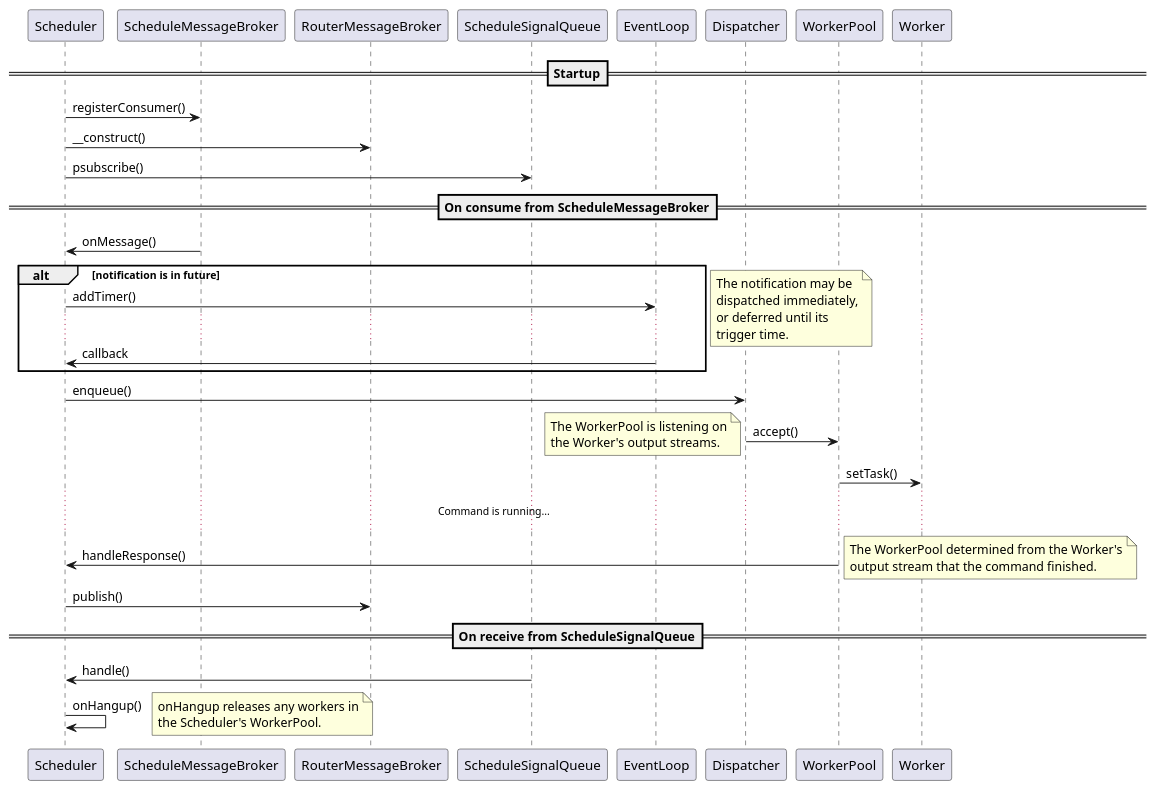
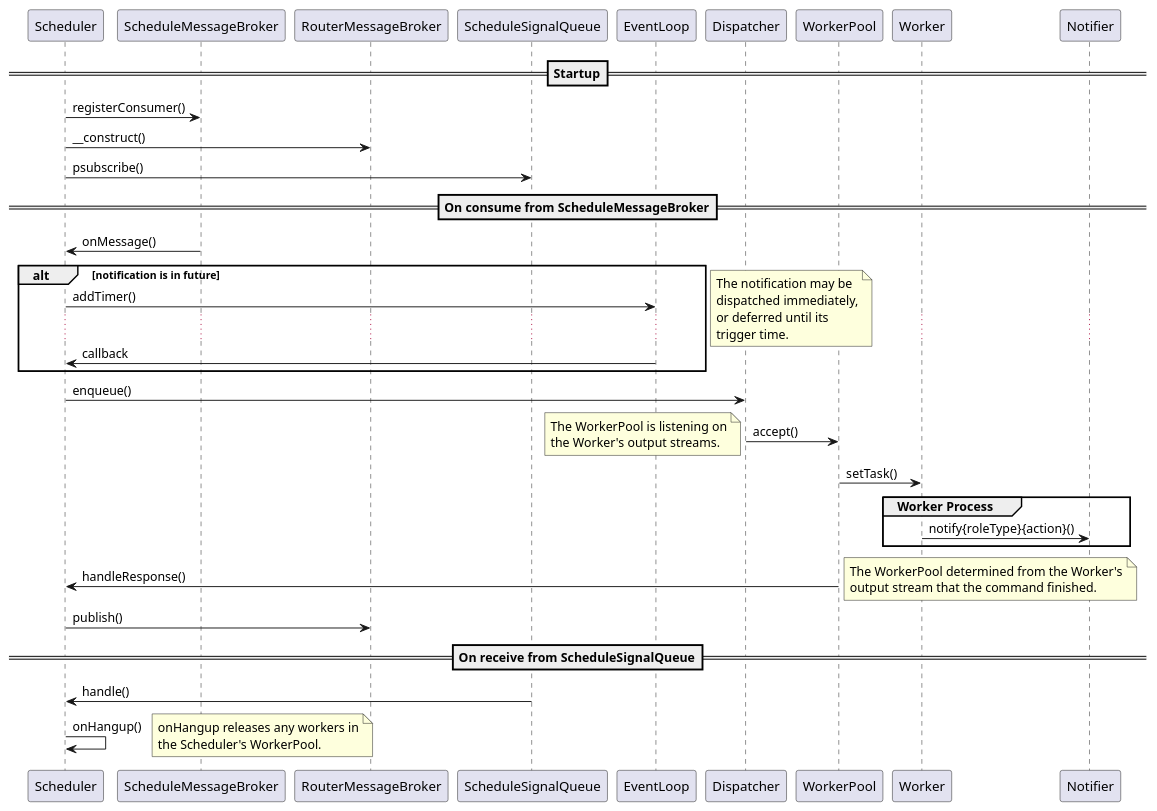
The diagram in docs/notifications/scheduling.plantuml (juliaattrevisan/schoolbox-api-docs), drawn with PlantUML before and after one commit.

Commit message:
Add worker process content to diagram [SA-6488]

```diff
--- a/docs/notifications/scheduling.plantuml
+++ b/docs/notifications/scheduling.plantuml
@@ -1,57 +1,60 @@
 @startuml
 
 ==Startup==
 
 Scheduler -> ScheduleMessageBroker : registerConsumer()
 Scheduler -> RouterMessageBroker : __construct()
 Scheduler -> ScheduleSignalQueue : psubscribe()
 
 ==On consume from ScheduleMessageBroker==
 
 ' Workflow on receive msg from msg broker
 Scheduler <- ScheduleMessageBroker : onMessage()
 'Scheduler -> Scheduler : scheduleNotification()
 'Scheduler -> Scheduler : schedule()
 
 alt notification is in future
 Scheduler -> EventLoop : addTimer()
 ...
 Scheduler <- EventLoop : callback
 end
 note right
     The notification may be
     dispatched immediately,
     or deferred until its
     trigger time.
 end note
 
 'Scheduler -> Scheduler : dispatchTrigger()
 Scheduler -> Dispatcher : enqueue()
 'Dispatcher -> Dispatcher : dispatch()
 Dispatcher -> WorkerPool : accept()
 'WorkerPool -> WorkerPool : attachWorker()
 note left
     The WorkerPool is listening on
     the Worker's output streams.
 end note
 WorkerPool -> Worker : setTask()
-...Command is running......
+
+group Worker Process
+Worker -> Notifier : notify{roleType}{action}()
+end group
 
 Scheduler <- WorkerPool : handleResponse()
 note right
     The WorkerPool determined from the Worker's
     output stream that the command finished.
 end note
 
 Scheduler -> RouterMessageBroker : publish()
 
 ==On receive from ScheduleSignalQueue==
 
 Scheduler <- ScheduleSignalQueue : handle()
 Scheduler -> Scheduler : onHangup()
 note right
     onHangup releases any workers in
     the Scheduler's WorkerPool.
 end note
 
 @enduml
```
